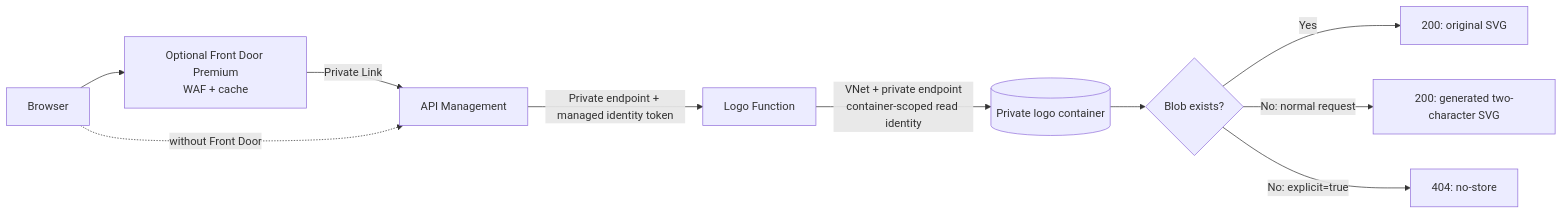
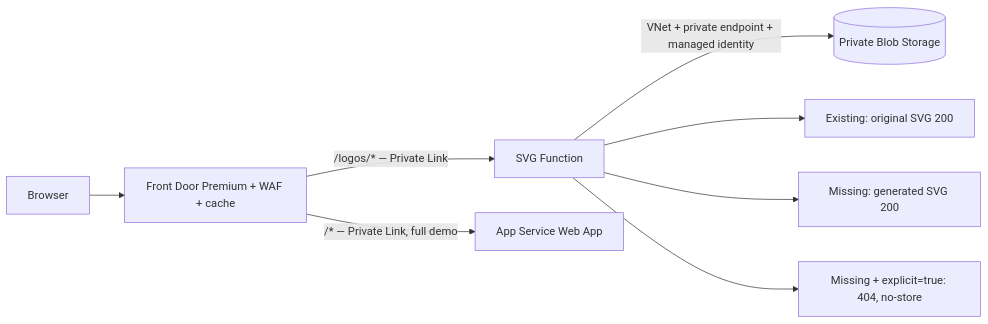
One commit to giladk1221/azure-svg-logo-fallback changed the diagram in README.md. Above: the diagram before and after it, drawn with Mermaid. The commit also changed other lines of this file and 49 other files, not shown here.

Commit message:
Use direct Front Door private origins and add Azure CLI deployment choices

````diff
--- a/README.md
+++ b/README.md
@@ -9,12 +15,10 @@
 ```mermaid
 flowchart LR
-  U[Browser] --> FD[Optional Front Door Premium\nWAF + cache]
-  FD -->|Private Link| A[API Management]
-  U -. without Front Door .-> A
-  A -->|Private endpoint + managed identity token| F[Logo Function]
-  F -->|VNet + private endpoint\ncontainer-scoped read identity| B[(Private logo container)]
-  B --> E{Blob exists?}
-  E -->|Yes| O[200: original SVG]
-  E -->|No: normal request| G[200: generated two-character SVG]
-  E -->|No: explicit=true| N[404: no-store]
+  U[Browser] --> FD[Front Door Premium + WAF + cache]
+  FD -->|"/logos/* — Private Link"| F[SVG Function]
+  FD -->|"/* — Private Link, full demo"| W[App Service Web App]
+  F -->|"VNet + private endpoint + managed identity"| B[(Private Blob Storage)]
+  F --> R["Existing: original SVG 200"]
+  F --> G["Missing: generated SVG 200"]
+  F --> N["Missing + explicit=true: 404, no-store"]
 ```
````
